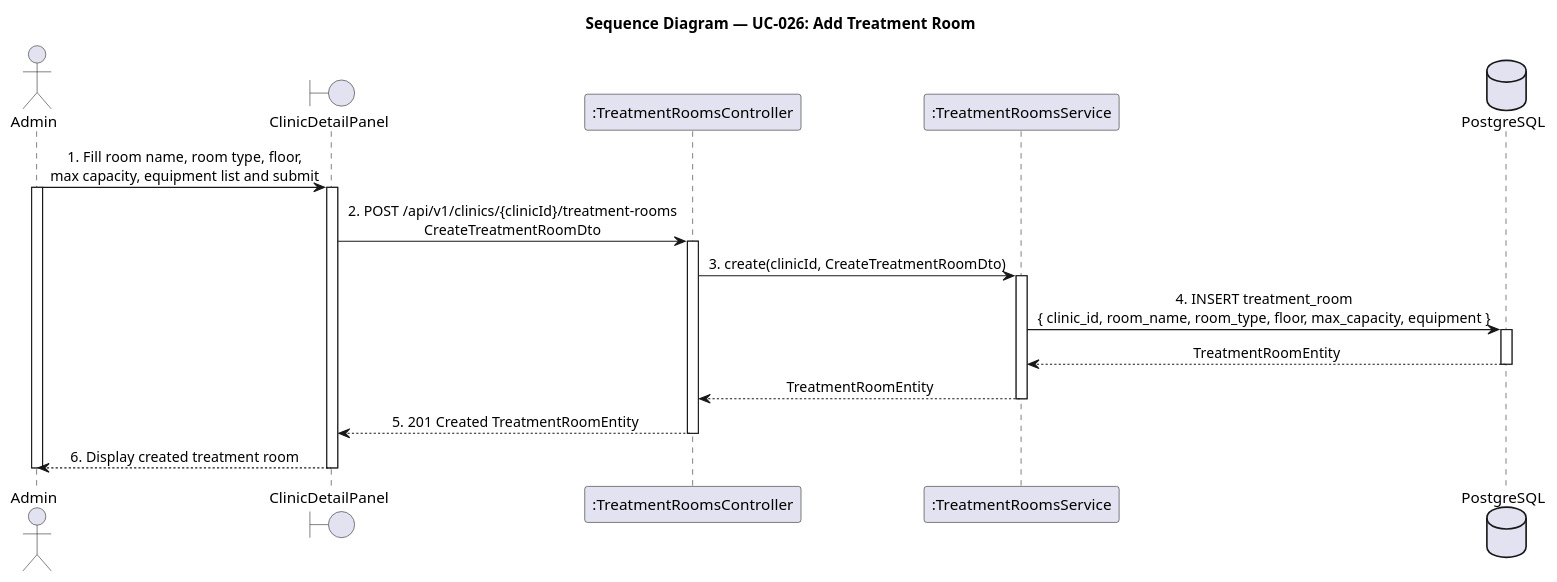
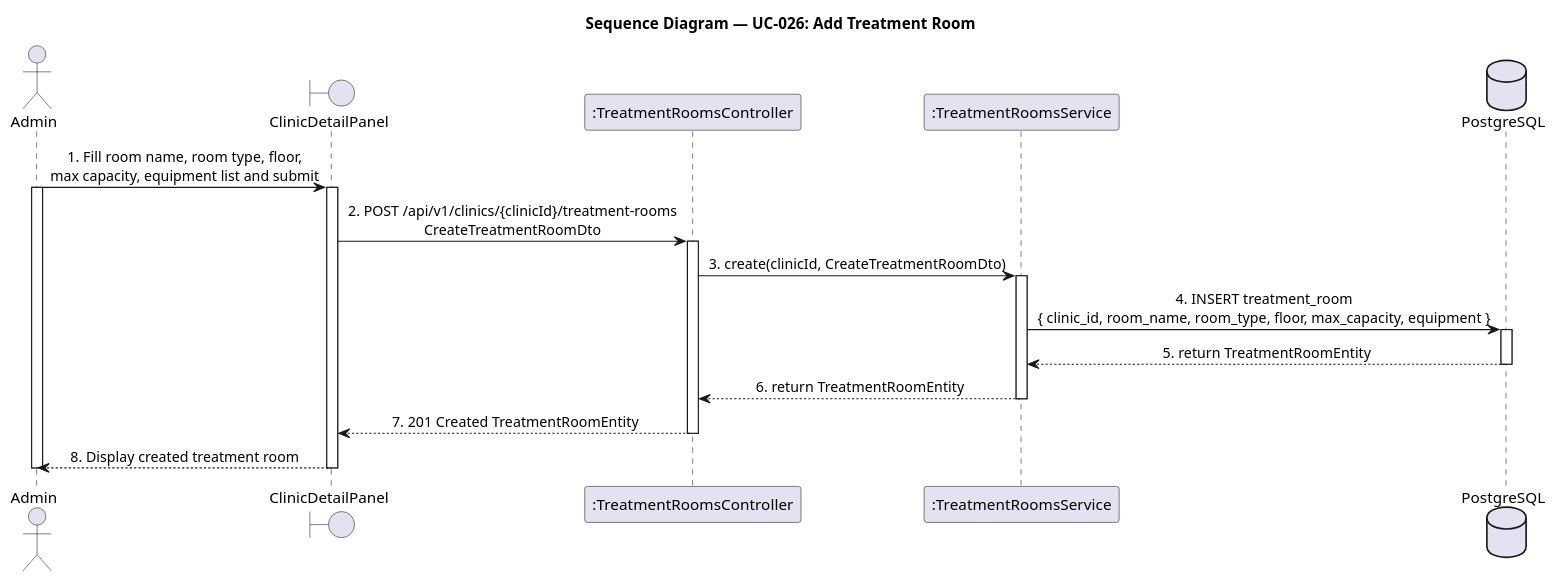
The diagram in docs/sequence-diagram/UC26_AddTreatmentRoom.puml (LTPPPP/Smart-Medical-Intelligent-Ledger-for-E-health-S.M.I.L.E-), drawn with PlantUML before and after one commit. The commit also changed 177 other files, not shown here.

Commit message:
skill and doc class diagram

```diff
--- a/docs/sequence-diagram/UC26_AddTreatmentRoom.puml
+++ b/docs/sequence-diagram/UC26_AddTreatmentRoom.puml
@@ -1,39 +1,39 @@
 @startuml SequenceDiagram
 skinparam shadowing false
 skinparam sequenceMessageAlign center
 
 title Sequence Diagram — UC-026: Add Treatment Room
 
 actor "Admin" as user
 boundary "ClinicDetailPanel" as form
 participant ":TreatmentRoomsController" as ctrl
 participant ":TreatmentRoomsService" as roomSvc
 database "PostgreSQL" as db
 
 user -> form : 1. Fill room name, room type, floor,\nmax capacity, equipment list and submit
 activate user
 activate form
 
 form -> ctrl : 2. POST /api/v1/clinics/{clinicId}/treatment-rooms\nCreateTreatmentRoomDto
 activate ctrl
 
 ctrl -> roomSvc : 3. create(clinicId, CreateTreatmentRoomDto)
 activate roomSvc
 
 roomSvc -> db : 4. INSERT treatment_room\n{ clinic_id, room_name, room_type, floor, max_capacity, equipment }
 activate db
-db --> roomSvc : TreatmentRoomEntity
+db --> roomSvc : 5. return TreatmentRoomEntity
 deactivate db
 
-roomSvc --> ctrl : TreatmentRoomEntity
+roomSvc --> ctrl : 6. return TreatmentRoomEntity
 deactivate roomSvc
 
-ctrl --> form : 5. 201 Created TreatmentRoomEntity
+ctrl --> form : 7. 201 Created TreatmentRoomEntity
 deactivate ctrl
 
-form --> user : 6. Display created treatment room
+form --> user : 8. Display created treatment room
 deactivate form
 
 deactivate user
 
 @enduml
```
